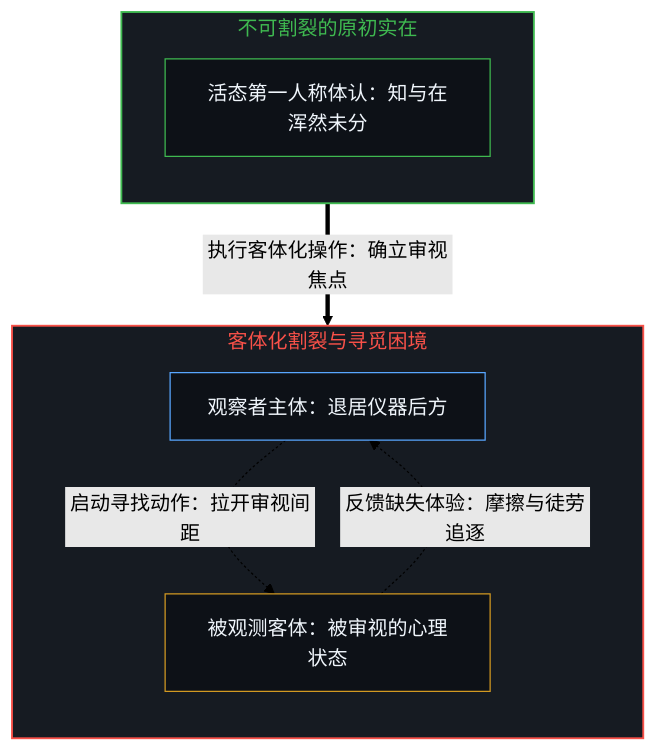
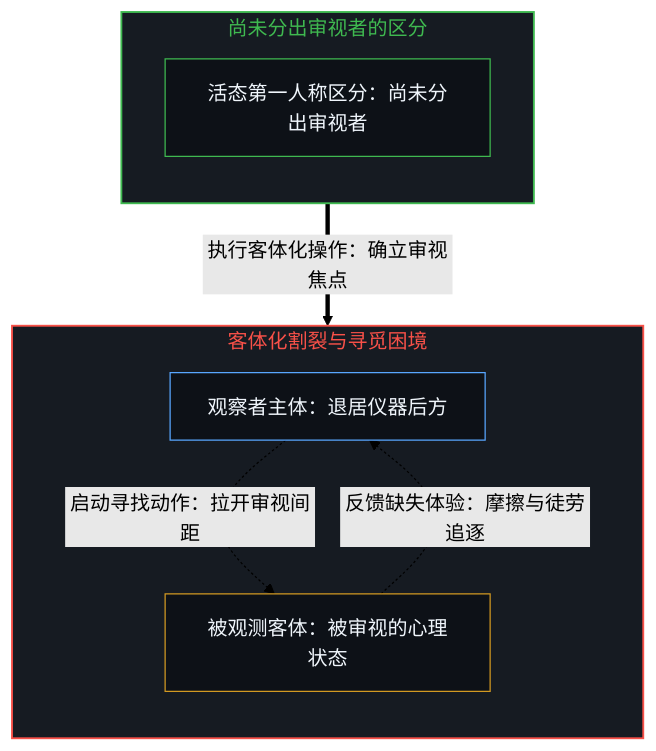
The first of 6 diagrams in content/posts/the-grammar-of-finding-and-the-fading-observer.md (powerpig99/not-a-toe), drawn with Mermaid (forest theme) before and after one commit. The commit also changed other lines of this file and 1 other file, not shown here.

````diff
--- a/content/posts/the-grammar-of-finding-and-the-fading-observer.md
+++ b/content/posts/the-grammar-of-finding-and-the-fading-observer.md
@@ -27,22 +27,22 @@
 ```mermaid
 graph TD
-    subgraph S_Unified ["不可割裂的原初实在"]
+    subgraph S_Unified ["尚未分出审视者的区分"]
         direction TB
         style S_Unified fill:#161b22,stroke:#3fb950,stroke-width:1.5px,color:#3fb950
-        U1["活态第一人称体认：知与在浑然未分"]
+        U1["活态第一人称区分：尚未分出审视者"]
         style U1 fill:#0d1117,stroke:#3fb950,stroke-width:1px,color:#f0f6fc
     end
 
     U1 ==>|"执行客体化操作：确立审视焦点"| O1
 
     subgraph S_Split ["客体化割裂与寻觅困境"]
         direction TB
         style S_Split fill:#161b22,stroke:#f85149,stroke-width:1.5px,color:#f85149
         O1["观察者主体：退居仪器后方"]
         O2["被观测客体：被审视的心理状态"]
         O1 -.->|"启动寻找动作：拉开审视间距"| O2
         O2 -.->|"反馈缺失体验：摩擦与徒劳追逐"| O1
         style O1 fill:#0d1117,stroke:#58a6ff,stroke-width:1px,color:#f0f6fc
         style O2 fill:#0d1117,stroke:#d29922,stroke-width:1px,color:#f0f6fc
     end
 ```
````
